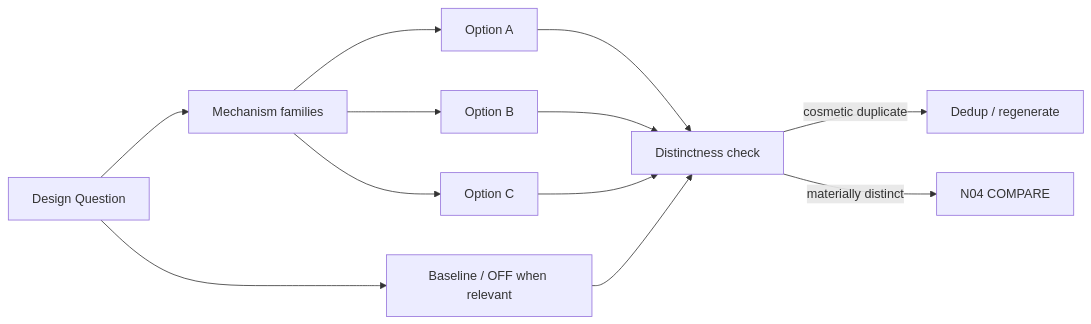
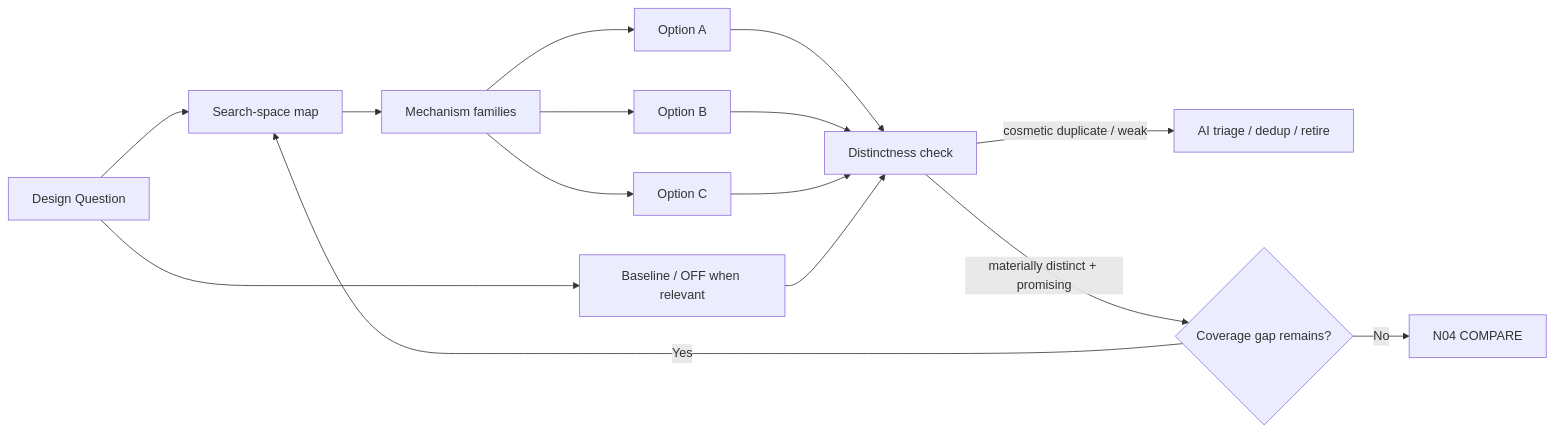
One commit to Jiaosong/Design changed the first of 2 diagrams in product-docs/v0.3/nodes/N03A_EXPLORE.md. Above: the diagram before and after it, drawn with Mermaid. The commit also changed other lines of this file and 71 other files, not shown here.

````diff
--- a/product-docs/v0.3/nodes/N03A_EXPLORE.md
+++ b/product-docs/v0.3/nodes/N03A_EXPLORE.md
@@ -21,14 +21,17 @@
 ```mermaid
 flowchart LR
-    Q[Design Question] --> M[Mechanism families]
+    Q[Design Question] --> S[Search-space map]
+    S --> M[Mechanism families]
     M --> A[Option A]
     M --> B[Option B]
     M --> C[Option C]
     Q --> O[Baseline / OFF when relevant]
     A --> D[Distinctness check]
     B --> D
     C --> D
     O --> D
-    D -->|cosmetic duplicate| X[Dedup / regenerate]
-    D -->|materially distinct| CMP[N04 COMPARE]
+    D -->|cosmetic duplicate / weak| X[AI triage / dedup / retire]
+    D -->|materially distinct + promising| G{Coverage gap remains?}
+    G -- Yes --> S
+    G -- No --> CMP[N04 COMPARE]
 ```
````
